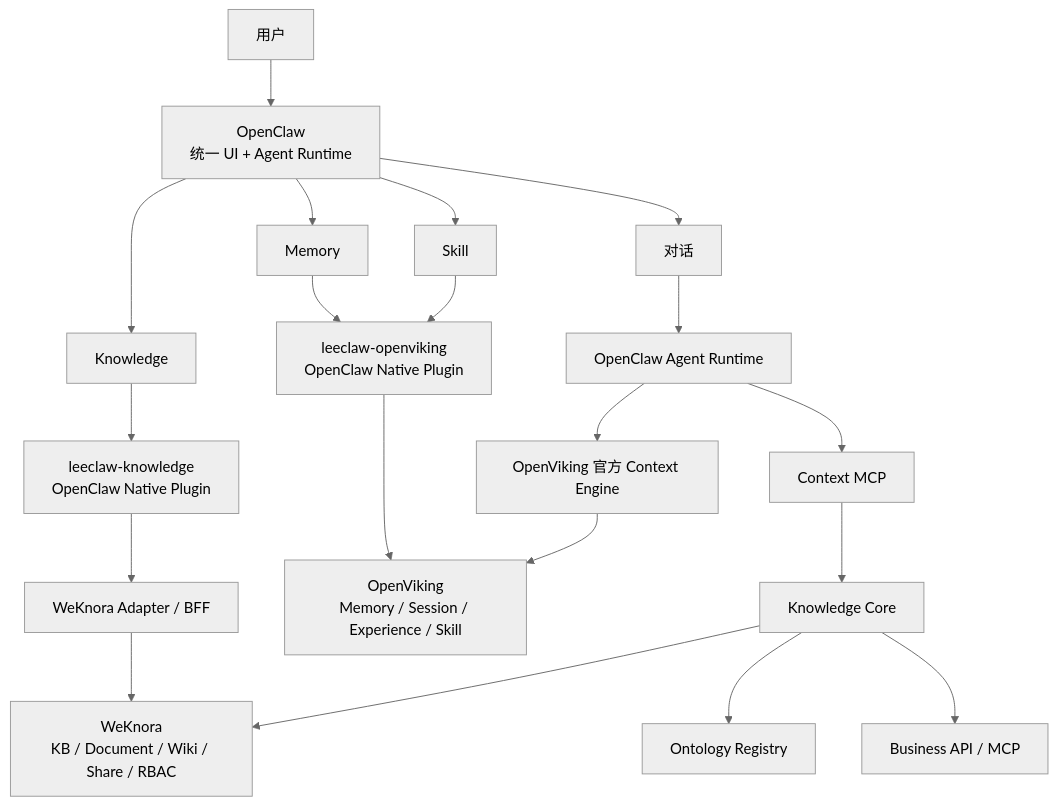
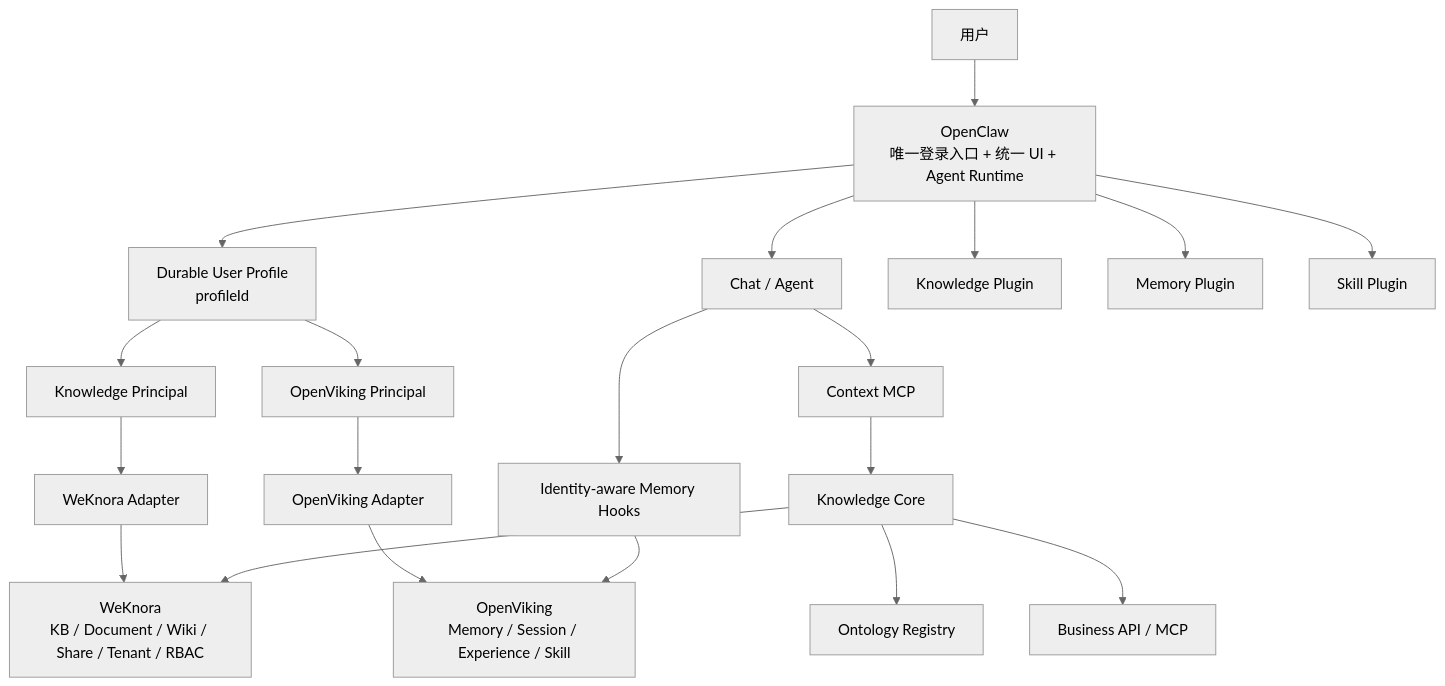
Before and after one commit to superbuzzy/Weknora-Semantica: the diagram in README.md, drawn with Mermaid (neutral theme). The commit also changed other lines of this file and 43 other files, not shown here.

First line of the commit message:
LeeClaw v0.6 — OpenClaw 单一账号 + Identity-aware Memory

````diff
--- a/README.md
+++ b/README.md
@@ -13,27 +11,27 @@
 ```mermaid
 flowchart TB
-    U[用户] --> OC[OpenClaw\n统一 UI + Agent Runtime]
+    U[用户] --> OC[OpenClaw\n唯一登录入口 + 统一 UI + Agent Runtime]
+    OC --> P[Durable User Profile\nprofileId]
 
-    OC --> CHAT[对话]
-    OC --> KNOW[Knowledge]
-    OC --> MEM[Memory]
-    OC --> SKILL[Skill]
+    OC --> CHAT[Chat / Agent]
+    OC --> KUI[Knowledge Plugin]
+    OC --> MUI[Memory Plugin]
+    OC --> SUI[Skill Plugin]
 
-    KNOW --> KPLUGIN[leeclaw-knowledge\nOpenClaw Native Plugin]
-    KPLUGIN --> KAD[WeKnora Adapter / BFF]
-    KAD --> WK[WeKnora\nKB / Document / Wiki / Share / RBAC]
+    P --> KP[Knowledge Principal]
+    KP --> KAD[WeKnora Adapter]
+    KAD --> WK[WeKnora\nKB / Document / Wiki / Share / Tenant / RBAC]
 
-    MEM --> OPLUGIN[leeclaw-openviking\nOpenClaw Native Plugin]
-    SKILL --> OPLUGIN
-    OPLUGIN --> OV[OpenViking\nMemory / Session / Experience / Skill]
+    P --> OP[OpenViking Principal]
+    OP --> OAD[OpenViking Adapter]
+    OAD --> OV[OpenViking\nMemory / Session / Experience / Skill]
 
-    CHAT --> RT[OpenClaw Agent Runtime]
-    RT --> OVCTX[OpenViking 官方 Context Engine]
-    OVCTX --> OV
+    CHAT --> MR[Identity-aware Memory Hooks]
+    MR --> OV
 
-    RT --> MCP[Context MCP]
+    CHAT --> MCP[Context MCP]
     MCP --> KC[Knowledge Core]
     KC --> WK
     KC --> ONT[Ontology Registry]
     KC --> DATA[Business API / MCP]
 ```
````
